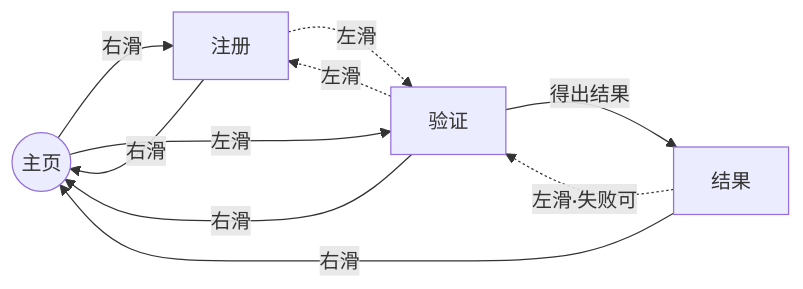
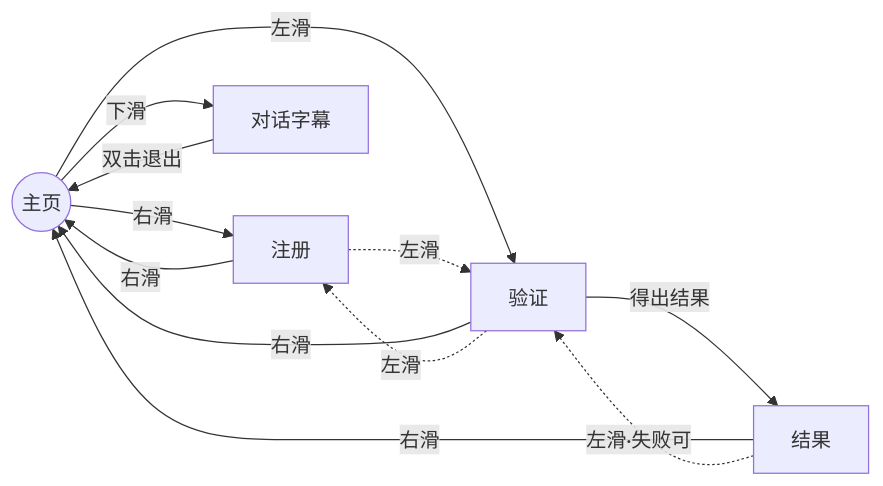
The second of 2 diagrams in README.md (cpufreestyle/aiui-voiceprint), drawn with Mermaid before and after one commit. The commit also changed other lines of this file and 10 other files, not shown here.

````diff
--- a/README.md
+++ b/README.md
@@ -61,12 +83,14 @@
 ```mermaid
 flowchart LR
   Home((主页)) -->|右滑| Enroll[注册]
   Home -->|左滑| Verify[验证]
+  Home -->|下滑| Conversation[对话字幕]
   Enroll -->|右滑| Home
   Verify -->|右滑| Home
   Verify -->|得出结果| Result[结果]
   Result -->|右滑| Home
   Result -.->|左滑·失败可| Verify
   Enroll -.->|左滑| Verify
   Verify -.->|左滑| Enroll
+  Conversation -->|双击退出| Home
 ```
````
